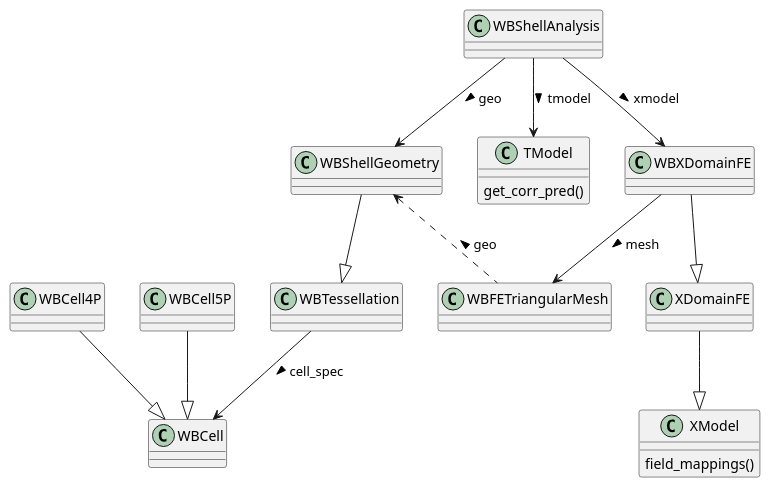
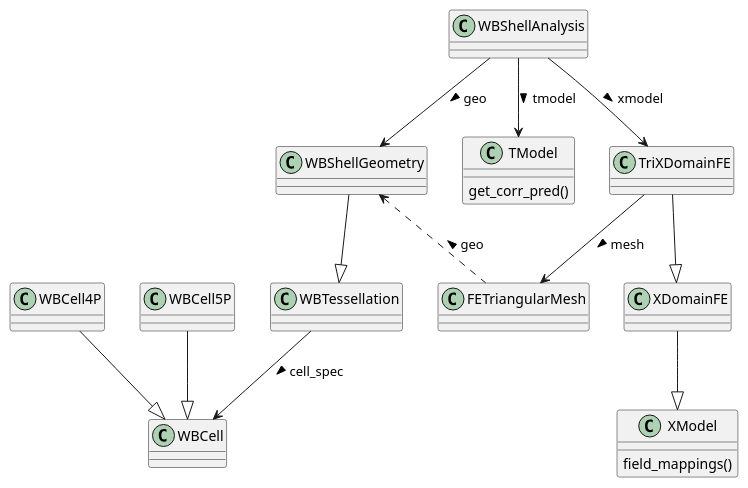
Before and after one commit to bmcs-group/bmcs_shell: the diagram in bmcs_shell/folding/class_diagram.puml, drawn with PlantUML. The commit also changed 6 other files, not shown here.

Commit message:
Renaming WBXDomainFE to TriXDomainFE

```diff
--- a/bmcs_shell/folding/class_diagram.puml
+++ b/bmcs_shell/folding/class_diagram.puml
@@ -1,54 +1,54 @@
 @startuml
 'https://plantuml.com/class-diagram
 
 class WBCell {
 }
 
 class WBCell4P{
 }
 
 class WBCell5P{
 }
 
 WBCell4P --|> WBCell
 
 WBCell5P --|> WBCell
 
 class WBTessellation {
 
 }
 
 WBTessellation --> WBCell: cell_spec >
 
-class WBFETriangularMesh{
+class FETriangularMesh{
 }
 
 class WBShellGeometry{
 }
 
 WBShellGeometry --|> WBTessellation
 
-WBShellGeometry <.. WBFETriangularMesh : geo <
+WBShellGeometry <.. FETriangularMesh : geo <
 
 
 class TModel{
     get_corr_pred()
 }
 
 class XModel{
     field_mappings()
 }
 
-class WBXDomainFE{
+class TriXDomainFE{
 }
 
 XDomainFE --|> XModel
-WBXDomainFE --|> XDomainFE
+TriXDomainFE --|> XDomainFE
 
-WBXDomainFE --> WBFETriangularMesh : mesh >
+TriXDomainFE --> FETriangularMesh : mesh >
 
 WBShellAnalysis --> WBShellGeometry : geo >
 WBShellAnalysis --> TModel : tmodel >
-WBShellAnalysis --> WBXDomainFE : xmodel >
+WBShellAnalysis --> TriXDomainFE : xmodel >
 
 @enduml
```
